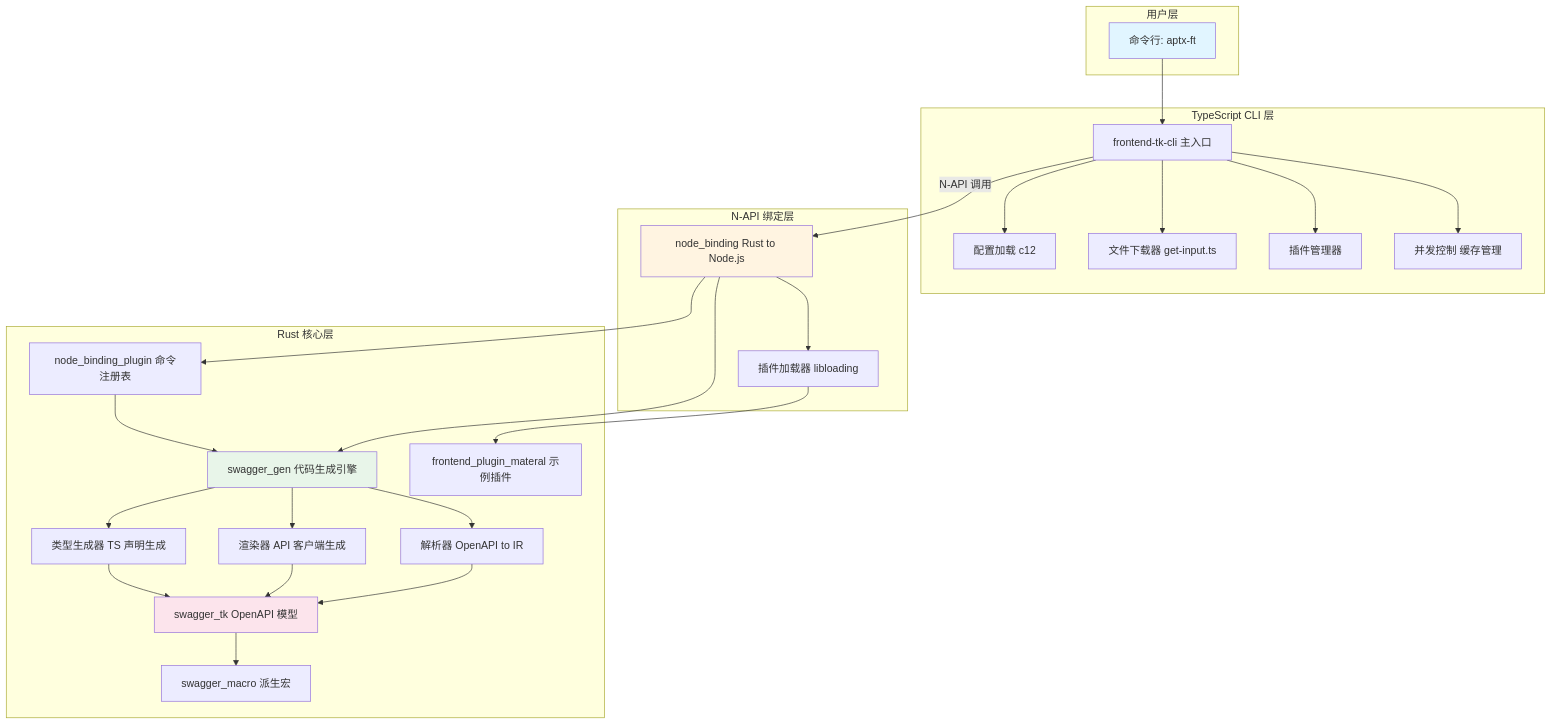
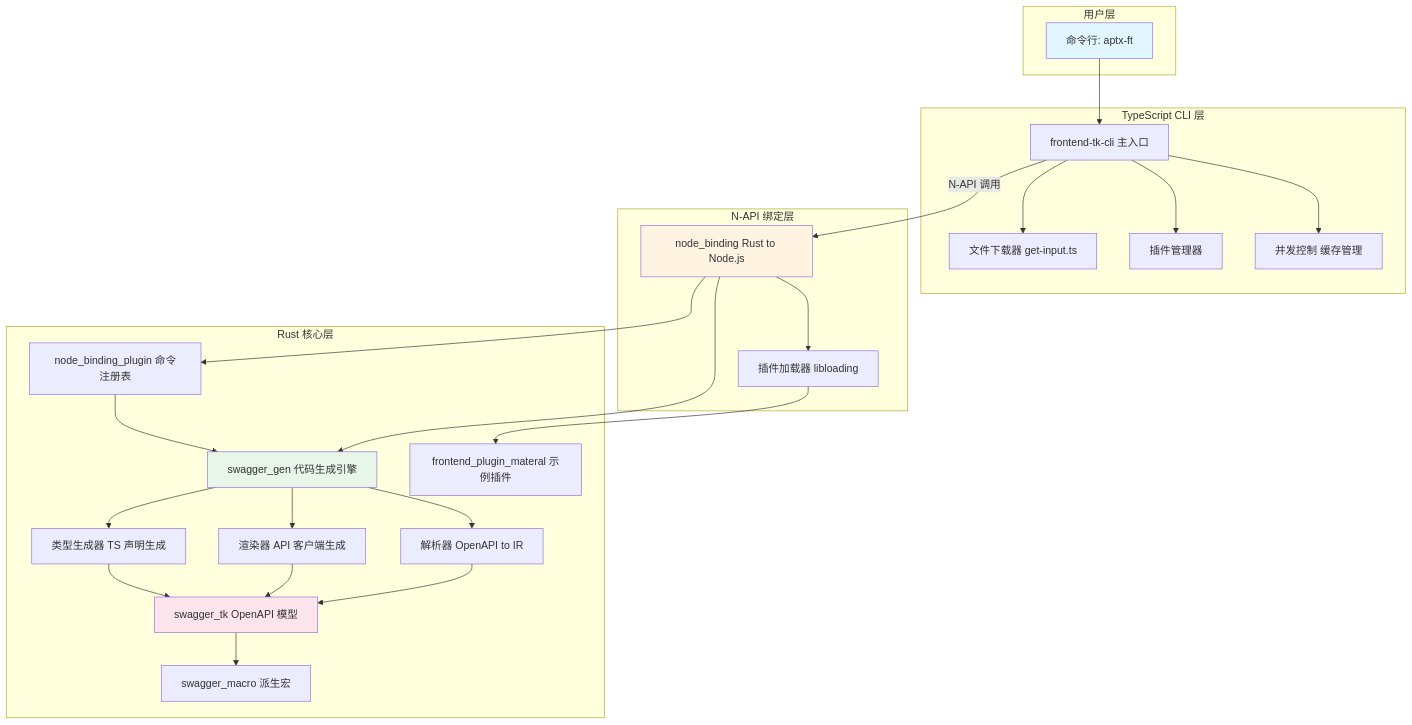
One commit to HaibaraAiAPTX/frontend_tk_rs changed the first of 14 diagrams in docs/ARCHITECTURE.md. Above: the diagram before and after it, drawn with Mermaid. The commit also changed other lines of this file and 14 other files, not shown here.

````diff
--- a/docs/ARCHITECTURE.md
+++ b/docs/ARCHITECTURE.md
@@ -17,54 +17,52 @@
 ```mermaid
 graph TB
     subgraph UserLayer["用户层"]
         CLI["命令行: aptx-ft"]
     end
 
     subgraph TSCLILayer["TypeScript CLI 层"]
         CLI_ENTRY["frontend-tk-cli 主入口"]
-        CONFIG["配置加载 c12"]
         DOWNLOADER["文件下载器 get-input.ts"]
         PLUGIN_MGR["插件管理器"]
         CONCURRENCY["并发控制 缓存管理"]
     end
 
     subgraph NAPILayer["N-API 绑定层"]
         BINDING["node_binding Rust to Node.js"]
         LOADER["插件加载器 libloading"]
     end
 
     subgraph RustCoreLayer["Rust 核心层"]
         PLUGIN["node_binding_plugin 命令注册表"]
         GEN["swagger_gen 代码生成引擎"]
         PARSER["解析器 OpenAPI to IR"]
         RENDERER["渲染器 API 客户端生成"]
         TYPER["类型生成器 TS 声明生成"]
         TK["swagger_tk OpenAPI 模型"]
         MACRO["swagger_macro 派生宏"]
         MATERAL["frontend_plugin_materal 示例插件"]
     end
 
     CLI --> CLI_ENTRY
-    CLI_ENTRY --> CONFIG
     CLI_ENTRY --> DOWNLOADER
     CLI_ENTRY --> PLUGIN_MGR
     CLI_ENTRY --> CONCURRENCY
     CLI_ENTRY -->|"N-API 调用"| BINDING
     BINDING --> LOADER
     BINDING --> PLUGIN
     BINDING --> GEN
     PLUGIN --> GEN
     GEN --> PARSER
     GEN --> RENDERER
     GEN --> TYPER
     PARSER --> TK
     RENDERER --> TK
     TYPER --> TK
     TK --> MACRO
     LOADER --> MATERAL
 
     style CLI fill:#e1f5ff
     style BINDING fill:#fff4e1
     style GEN fill:#e8f5e9
     style TK fill:#fce4ec
 ```
````
